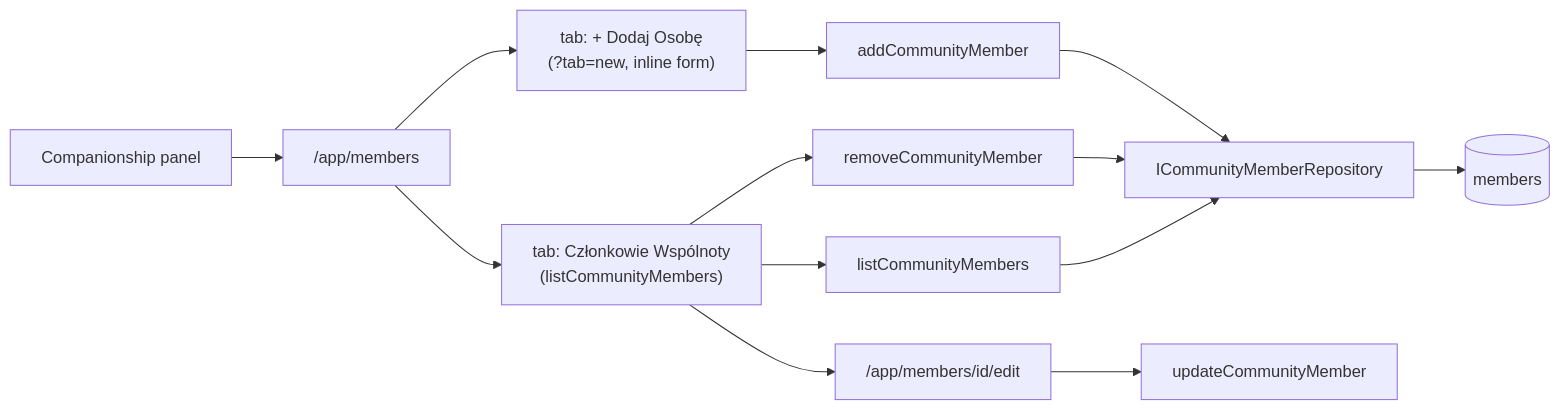
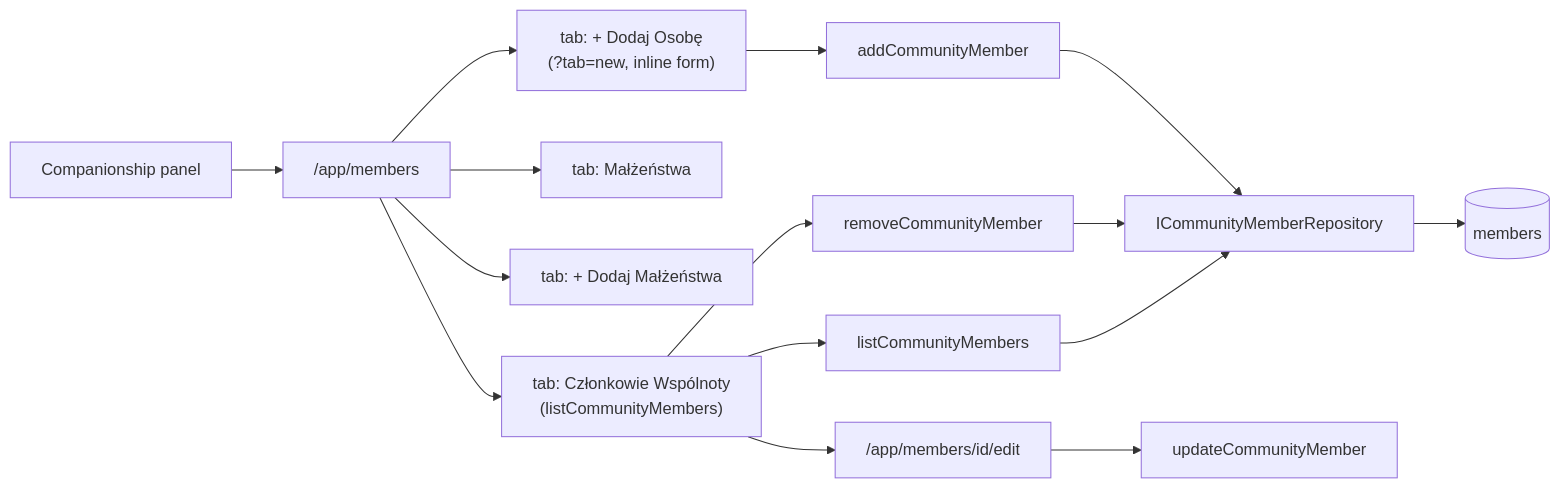
One commit to greg-latuszek/emma-companionship changed the fourth of 8 diagrams in docs/current-architecture.md. Above: the diagram before and after it, drawn with Mermaid. The commit also changed other lines of this file and 28 other files, not shown here.

````diff
--- a/docs/current-architecture.md
+++ b/docs/current-architecture.md
@@ -144,15 +152,17 @@
 ```mermaid
 flowchart LR
   panel[Companionship panel] --> members["/app/members"]
   members --> tabList["tab: Członkowie Wspólnoty\n(listCommunityMembers)"]
+  members --> tabCouples["tab: Małżeństwa"]
+  members --> tabBuildCouples["tab: + Dodaj Małżeństwa"]
   members --> tabAdd["tab: + Dodaj Osobę\n(?tab=new, inline form)"]
   tabList --> edit["/app/members/id/edit"]
   tabList --> remove[removeCommunityMember]
   tabAdd --> register[addCommunityMember]
   register --> repo[ICommunityMemberRepository]
   edit --> update[updateCommunityMember]
   remove --> repo
   tabList --> listUse[listCommunityMembers]
   listUse --> repo
   repo --> pg[(members)]
 ```
````
